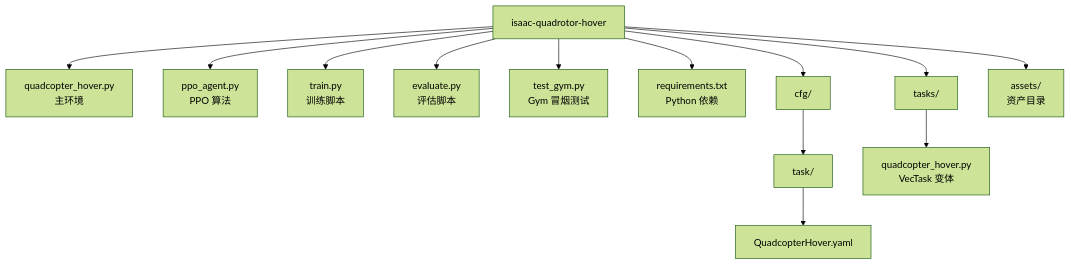
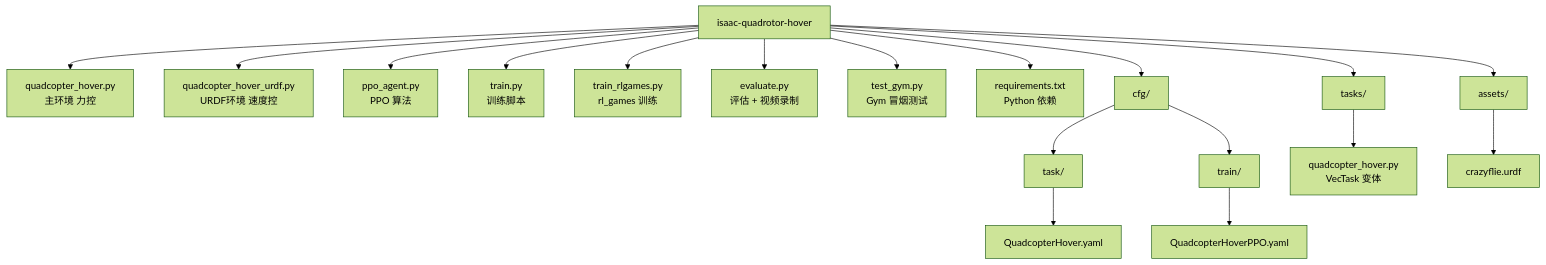
One commit to BigDaddy118/isaac-quadrotor-hover changed the diagram in README.md. Above: the diagram before and after it, drawn with Mermaid (forest theme). The commit also changed other lines of this file and 8 other files, not shown here.

First line of the commit message:
URDF 力控训练成功 — Crazyflie 悬停 reward 107k+

````diff
--- a/README.md
+++ b/README.md
@@ -86,16 +90,21 @@
 ```mermaid
 graph TD
     root[isaac-quadrotor-hover]
-    root --> qh[quadcopter_hover.py<br/>主环境]
+    root --> qh[quadcopter_hover.py<br/>主环境 力控]
+    root --> qhu[quadcopter_hover_urdf.py<br/>URDF环境 速度控]
     root --> ppo[ppo_agent.py<br/>PPO 算法]
     root --> train[train.py<br/>训练脚本]
-    root --> eval[evaluate.py<br/>评估脚本]
+    root --> train_rl[train_rlgames.py<br/>rl_games 训练]
+    root --> eval[evaluate.py<br/>评估 + 视频录制]
     root --> test[test_gym.py<br/>Gym 冒烟测试]
     root --> req[requirements.txt<br/>Python 依赖]
     root --> cfg[cfg/]
     cfg --> task[task/]
     task --> yaml[QuadcopterHover.yaml]
+    cfg --> train_cfg[train/]
+    train_cfg --> ppo_yaml[QuadcopterHoverPPO.yaml]
     root --> tasks[tasks/]
     tasks --> vec[quadcopter_hover.py<br/>VecTask 变体]
-    root --> assets[assets/<br/>资产目录]
+    root --> assets[assets/]
+    assets --> urdf[crazyflie.urdf]
 ```
````
